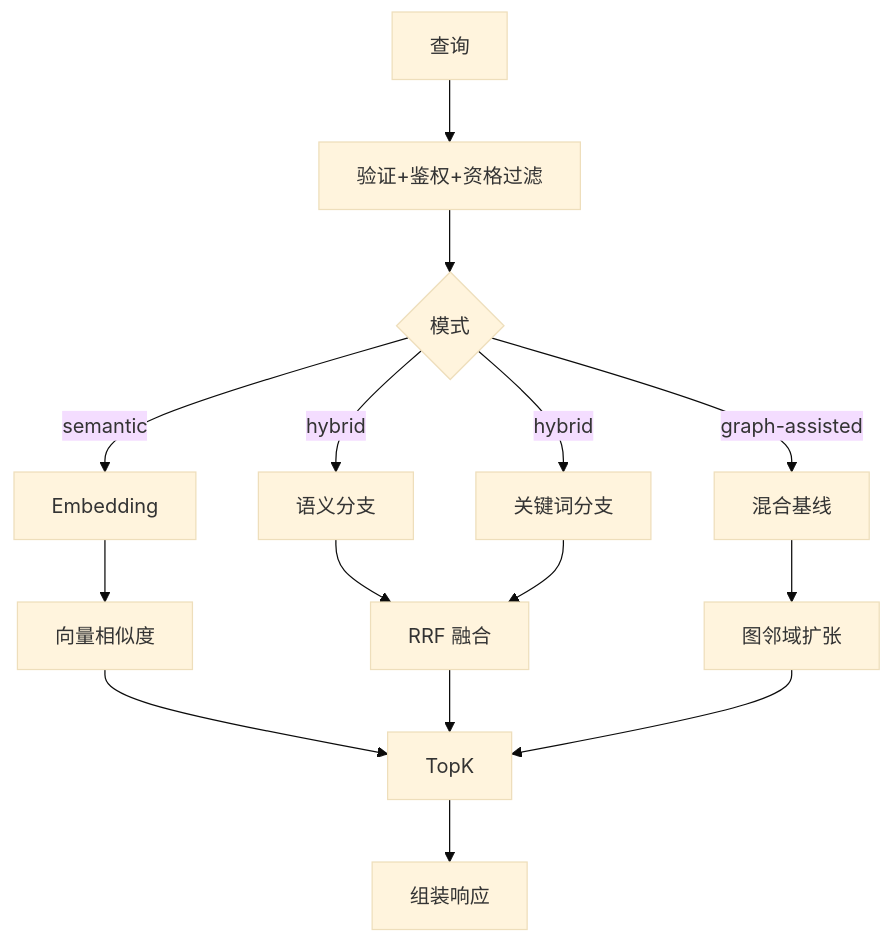
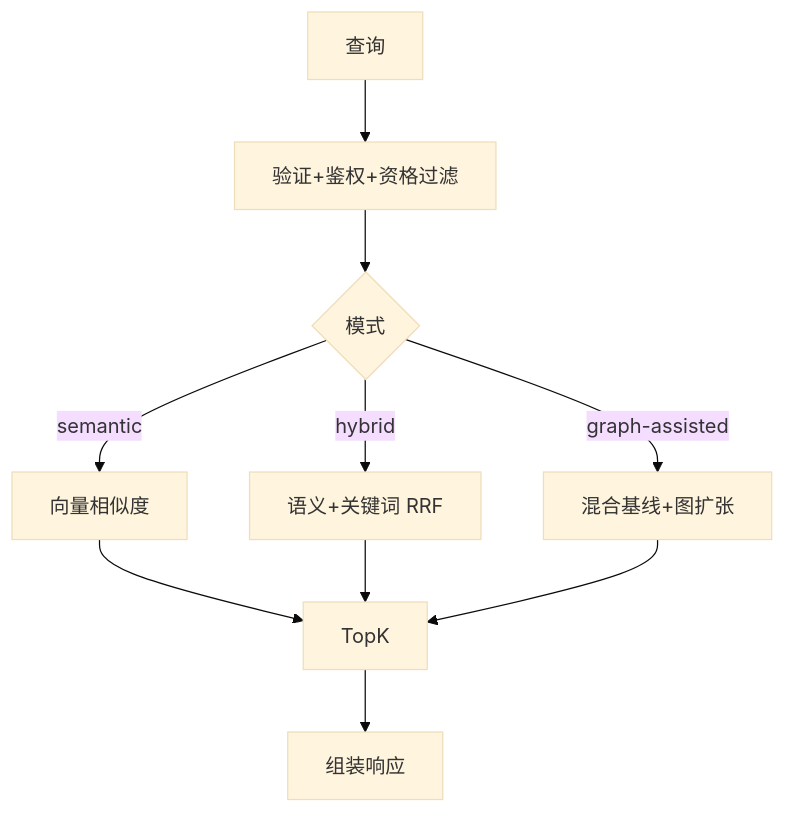
One commit to pofossette/TrapMap-for-vibing changed the diagram in docs/architecture/components/RETRIEVAL.md. Above: the diagram before and after it, drawn with Mermaid (base theme). The commit also changed other lines of this file and 17 other files, not shown here.

First line of the commit message:
docs(architecture): source-anchored rewrite, single-source cuts, paper passages intact (Phase 2b)

````diff
--- a/docs/architecture/components/RETRIEVAL.md
+++ b/docs/architecture/components/RETRIEVAL.md
@@ -45,11 +28,11 @@
 ```mermaid
 flowchart TB
     A[查询] --> B[验证+鉴权+资格过滤]
     B --> C{模式}
-    C -->|semantic| D1[Embedding] --> D2[向量相似度]
-    C -->|hybrid| E1[语义分支] & E2[关键词分支] --> E3[RRF 融合]
-    C -->|graph-assisted| F[混合基线] --> G[图邻域扩张]
-    D2 --> H[TopK]
-    E3 --> H
-    G --> H --> I[组装响应]
+    C -->|semantic| D[向量相似度]
+    C -->|hybrid| E[语义+关键词 RRF]
+    C -->|graph-assisted| F[混合基线+图扩张]
+    D --> H[TopK]
+    E --> H
+    F --> H --> I[组装响应]
 ```
````
